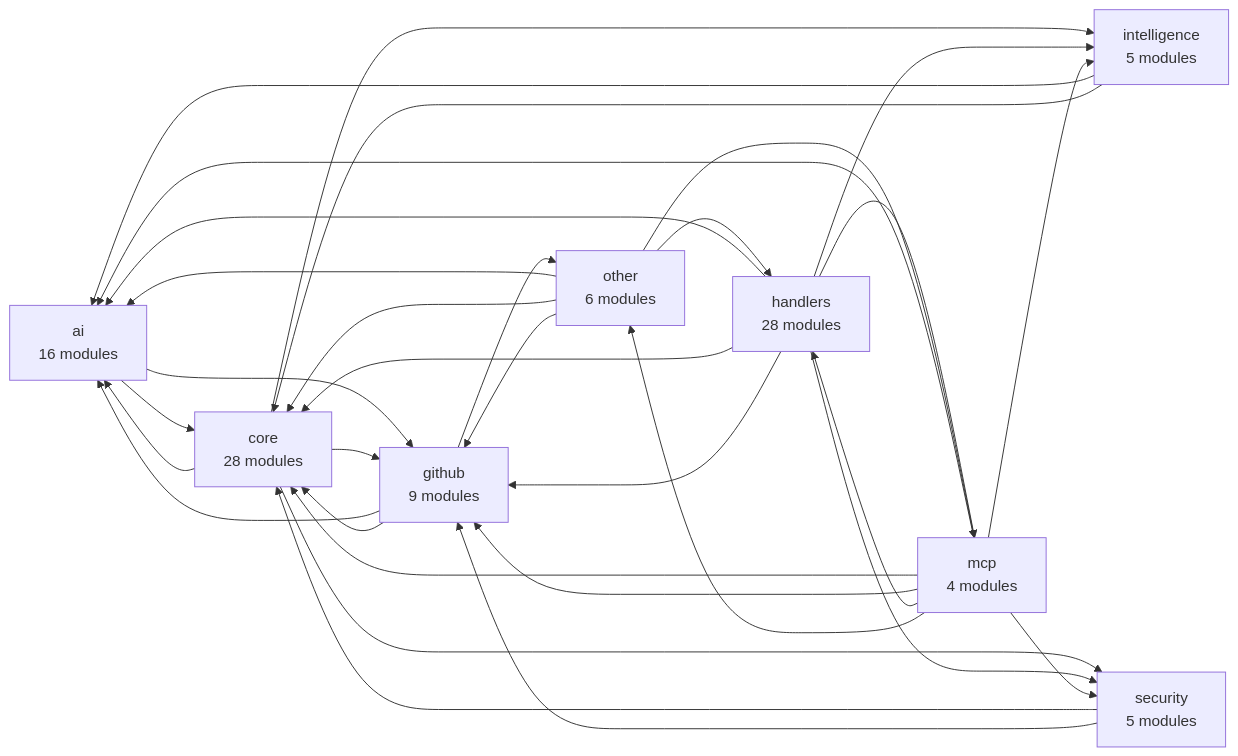
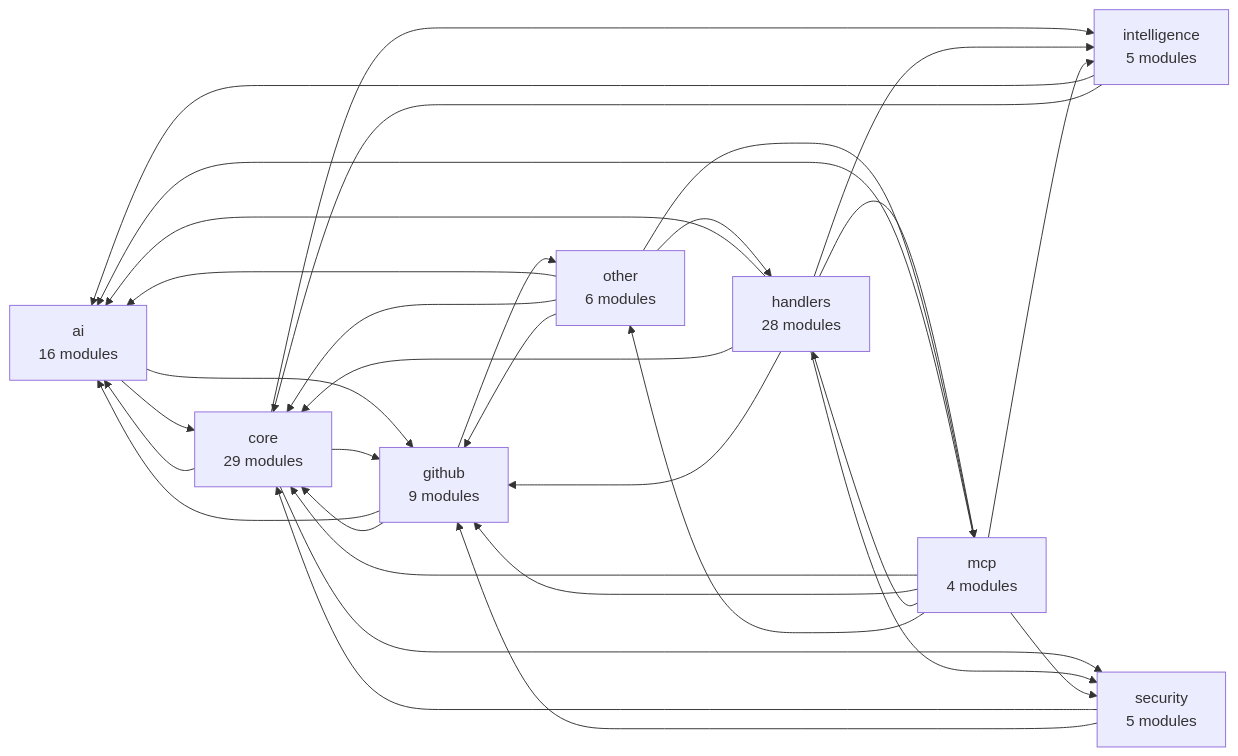
One commit to Shweta-Mishra-ai/github-autopilot changed the second of 2 diagrams in README.md. Above: the diagram before and after it, drawn with Mermaid. The commit also changed other lines of this file and 11 other files, not shown here.

````diff
--- a/README.md
+++ b/README.md
@@ -405,42 +408,42 @@
 ```mermaid
 graph LR
     ai["ai<br/>16 modules"]
-    core["core<br/>28 modules"]
+    core["core<br/>29 modules"]
     github["github<br/>9 modules"]
     handlers["handlers<br/>28 modules"]
     intelligence["intelligence<br/>5 modules"]
     mcp["mcp<br/>4 modules"]
     other["other<br/>6 modules"]
     security["security<br/>5 modules"]
     ai --> core
     ai --> github
     core --> ai
     core --> github
     core --> intelligence
     core --> security
     github --> ai
     github --> core
     github --> other
     handlers --> ai
     handlers --> core
     handlers --> github
     handlers --> intelligence
     handlers --> mcp
     handlers --> security
     intelligence --> ai
     intelligence --> core
     mcp --> ai
     mcp --> core
     mcp --> github
     mcp --> handlers
     mcp --> intelligence
     mcp --> other
     mcp --> security
     other --> ai
     other --> core
     other --> github
     other --> handlers
     other --> mcp
     security --> core
     security --> github
 ```
````
